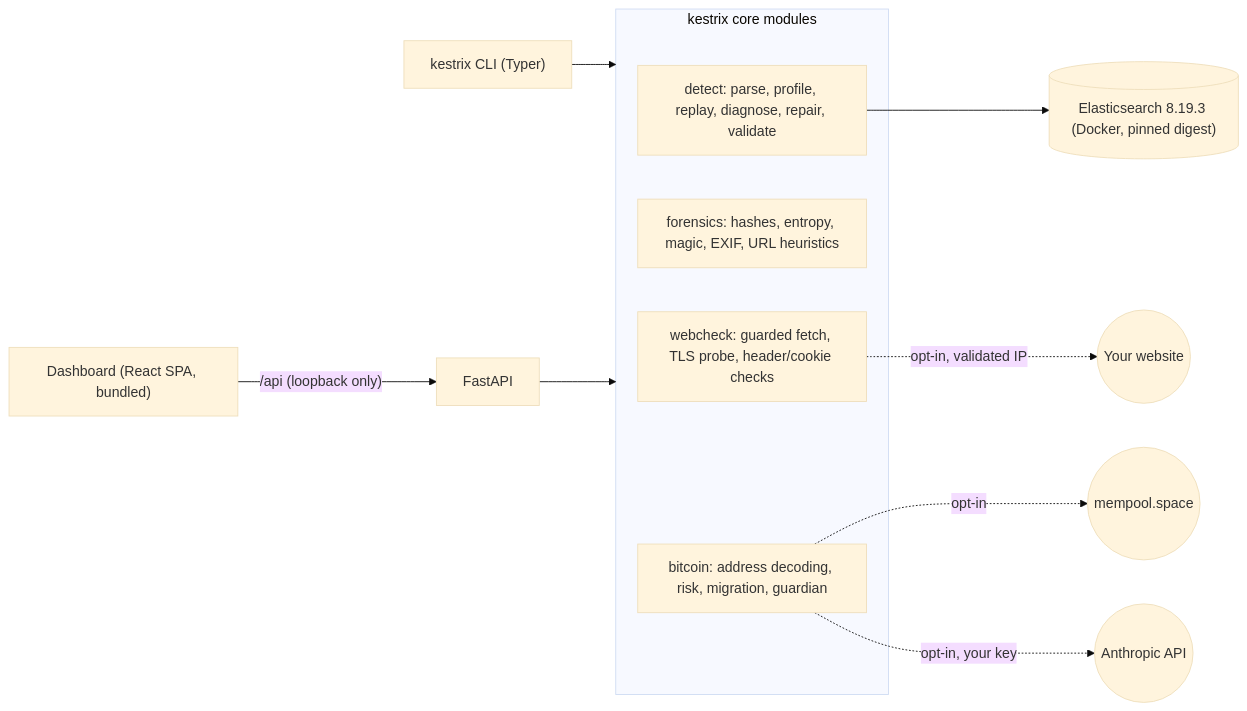
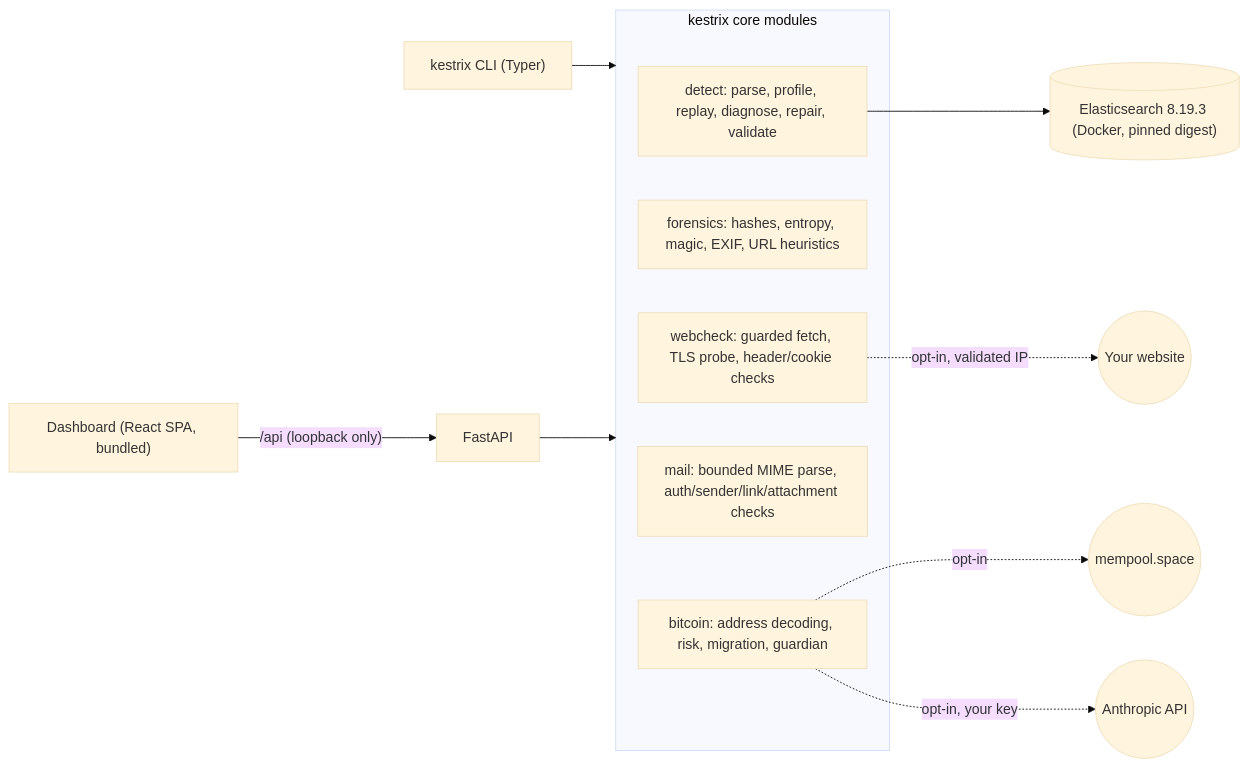
Before and after one commit to Ruthvik-Bandari/kestrix: the diagram in README.md, drawn with Mermaid (base theme). The commit also changed other lines of this file and 21 other files, not shown here.

````diff
--- a/README.md
+++ b/README.md
@@ -221,16 +246,17 @@
 ```mermaid
 flowchart LR
   CLI["kestrix CLI (Typer)"] --> Core
   UI["Dashboard (React SPA, bundled)"] -->|"/api (loopback only)"| API["FastAPI"]
   API --> Core
   subgraph Core["kestrix core modules"]
     D["detect: parse, profile, replay, diagnose, repair, validate"]
     F["forensics: hashes, entropy, magic, EXIF, URL heuristics"]
     W["webcheck: guarded fetch, TLS probe, header/cookie checks"]
+    M["mail: bounded MIME parse, auth/sender/link/attachment checks"]
     B["bitcoin: address decoding, risk, migration, guardian"]
   end
   D --> ES[("Elasticsearch 8.19.3 (Docker, pinned digest)")]
   W -.->|"opt-in, validated IP"| Internet((Your website))
   B -.->|"opt-in"| Mempool((mempool.space))
   B -.->|"opt-in, your key"| Claude((Anthropic API))
 ```
````
